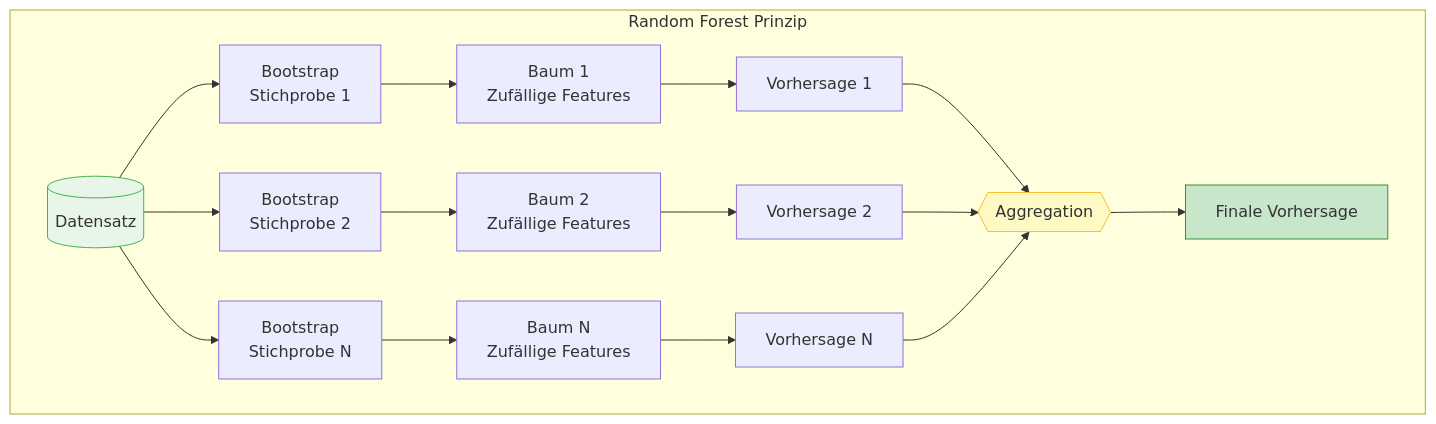
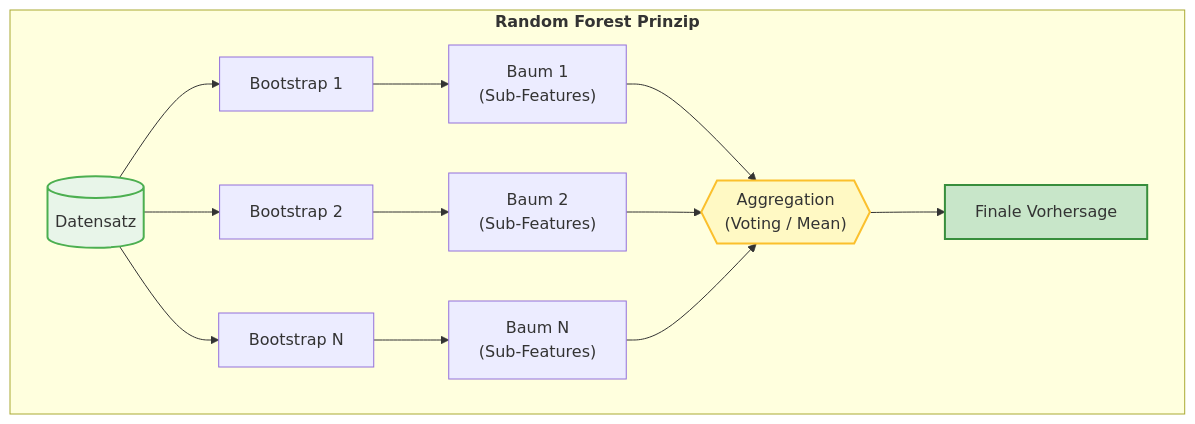
The third of 5 diagrams in docs/concepts/modeling/ensemble.md (ralf-42/ML_Intro), drawn with Mermaid before and after one commit. The commit also changed other lines of this file and 7 other files, not shown here.

````diff
--- a/docs/concepts/modeling/ensemble.md
+++ b/docs/concepts/modeling/ensemble.md
@@ -121,26 +121,20 @@
 ```mermaid
 flowchart TD
-    subgraph RF["Random Forest Prinzip"]
-        D[("Datensatz")] --> B1["Bootstrap<br>Stichprobe 1"]
-        D --> B2["Bootstrap<br>Stichprobe 2"]
-        D --> BN["Bootstrap<br>Stichprobe N"]
+    subgraph RF["<b>Random Forest Prinzip</b>"]
+        D[("Datensatz")] --> B1["Bootstrap 1"]
+        D --> B2["Bootstrap 2"]
+        D --> BN["Bootstrap N"]
 
-        B1 --> T1["Baum 1<br>Zufällige Features"]
-        B2 --> T2["Baum 2<br>Zufällige Features"]
-        BN --> TN["Baum N<br>Zufällige Features"]
+        B1 --> T1["Baum 1<br/>(Sub-Features)"]
+        B2 --> T2["Baum 2<br/>(Sub-Features)"]
+        BN --> TN["Baum N<br/>(Sub-Features)"]
 
-        T1 --> V1["Vorhersage 1"]
-        T2 --> V2["Vorhersage 2"]
-        TN --> VN["Vorhersage N"]
-
-        V1 --> AGG{{"Aggregation"}}
-        V2 --> AGG
-        VN --> AGG
-
+        T1 & T2 & TN --> AGG{{"Aggregation<br/>(Voting / Mean)"}}
+        
         AGG --> FINAL["Finale Vorhersage"]
     end
 
-    style D fill:#e8f5e9,stroke:#4caf50
-    style AGG fill:#fff9c4,stroke:#fbc02d
-    style FINAL fill:#c8e6c9,stroke:#388e3c
+    style D fill:#e8f5e9,stroke:#4caf50,stroke-width:2px
+    style AGG fill:#fff9c4,stroke:#fbc02d,stroke-width:2px
+    style FINAL fill:#c8e6c9,stroke:#388e3c,stroke-width:2px
 ```
````
